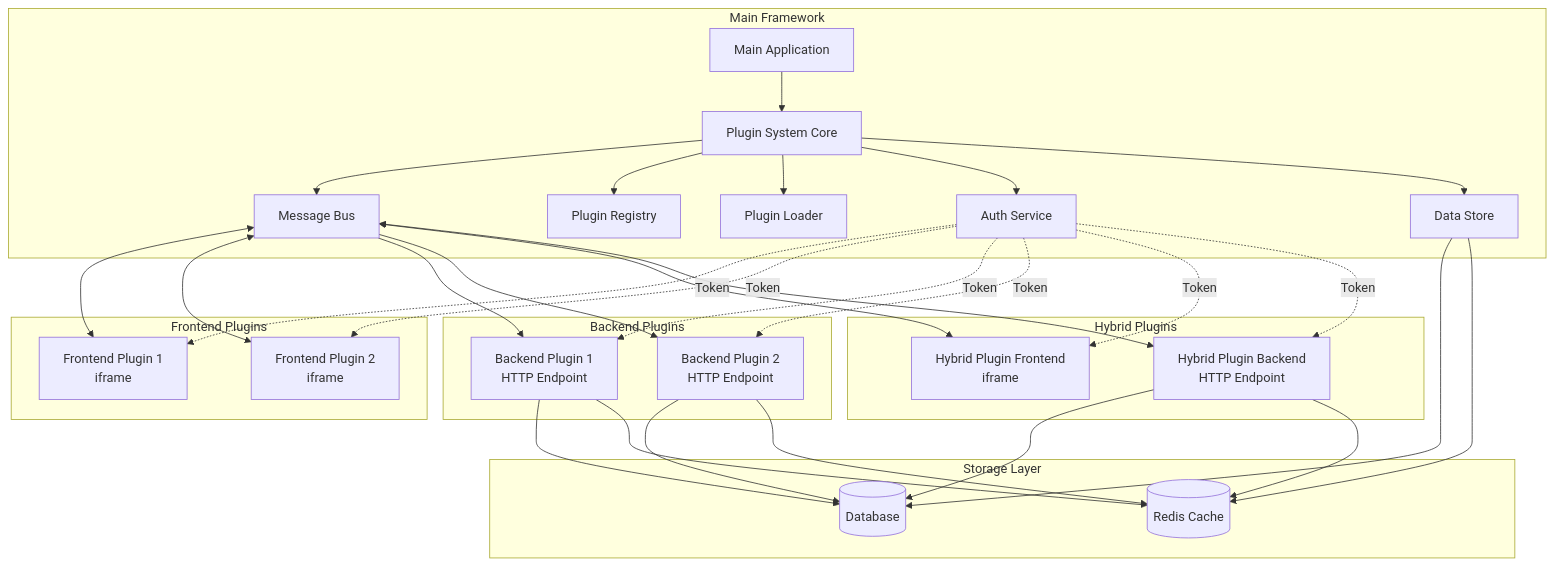
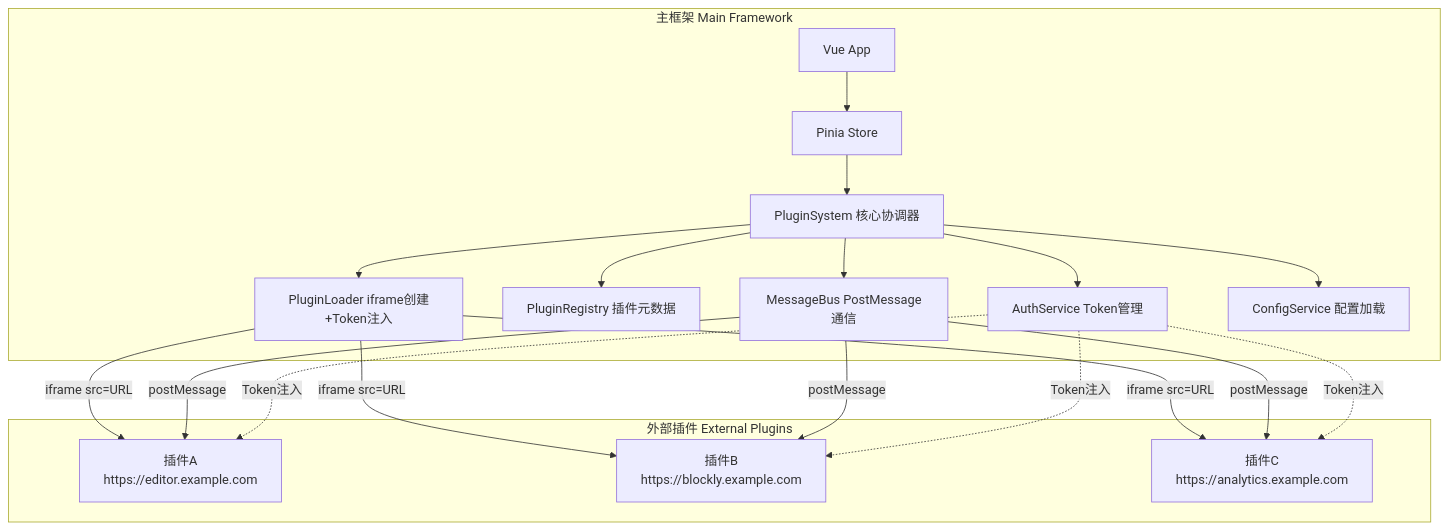
One commit to gdgeek/vue3.7dgame.com changed the first of 2 diagrams in .kiro/specs/plugin-system/design.md. Above: the diagram before and after it, drawn with Mermaid. The commit also changed other lines of this file and 3 other files, not shown here.

Commit message:
feat: plugin system UI 组件与 spec 文档更新

````diff
--- a/.kiro/specs/plugin-system/design.md
+++ b/.kiro/specs/plugin-system/design.md
@@ -32,63 +33,39 @@
 ```mermaid
 graph TB
-    subgraph "Main Framework"
-        MF[Main Application]
-        PS[Plugin System Core]
-        MB[Message Bus]
-        PR[Plugin Registry]
-        PL[Plugin Loader]
-        AS[Auth Service]
-        DS[Data Store]
+    subgraph "主框架 Main Framework"
+        App[Vue App]
+        PS[PluginSystem 核心协调器]
+        MB[MessageBus PostMessage通信]
+        PR[PluginRegistry 插件元数据]
+        PL[PluginLoader iframe创建+Token注入]
+        AS[AuthService Token管理]
+        CS[ConfigService 配置加载]
+        Store[Pinia Store]
     end
 
-    subgraph "Frontend Plugins"
-        FP1[Frontend Plugin 1<br/>iframe]
-        FP2[Frontend Plugin 2<br/>iframe]
+    subgraph "外部插件 External Plugins"
+        P1[插件A<br/>https://editor.example.com]
+        P2[插件B<br/>https://blockly.example.com]
+        P3[插件C<br/>https://analytics.example.com]
     end
 
-    subgraph "Backend Plugins"
-        BP1[Backend Plugin 1<br/>HTTP Endpoint]
-        BP2[Backend Plugin 2<br/>HTTP Endpoint]
-    end
-
-    subgraph "Hybrid Plugins"
-        HP1F[Hybrid Plugin Frontend<br/>iframe]
-        HP1B[Hybrid Plugin Backend<br/>HTTP Endpoint]
-    end
-
-    subgraph "Storage Layer"
-        DB[(Database)]
-        CACHE[(Redis Cache)]
-    end
-
-    MF --> PS
+    App --> Store
+    Store --> PS
     PS --> MB
     PS --> PR
     PS --> PL
     PS --> AS
-    PS --> DS
+    PS --> CS
 
-    MB <--> FP1
-    MB <--> FP2
-    MB --> BP1
-    MB --> BP2
-    MB <--> HP1F
-    MB <--> HP1B
+    PL -- "iframe src=URL" --> P1
+    PL -- "iframe src=URL" --> P2
+    PL -- "iframe src=URL" --> P3
 
-    AS -.Token.-> FP1
-    AS -.Token.-> FP2
-    AS -.Token.-> BP1
-    AS -.Token.-> BP2
-    AS -.Token.-> HP1F
-    AS -.Token.-> HP1B
+    MB -- "postMessage" --> P1
+    MB -- "postMessage" --> P2
+    MB -- "postMessage" --> P3
 
-    DS --> DB
-    DS --> CACHE
-
-    BP1 --> DB
-    BP2 --> DB
-    HP1B --> DB
-    BP1 --> CACHE
-    BP2 --> CACHE
-    HP1B --> CACHE
+    AS -. "Token注入" .-> P1
+    AS -. "Token注入" .-> P2
+    AS -. "Token注入" .-> P3
 ```
````
